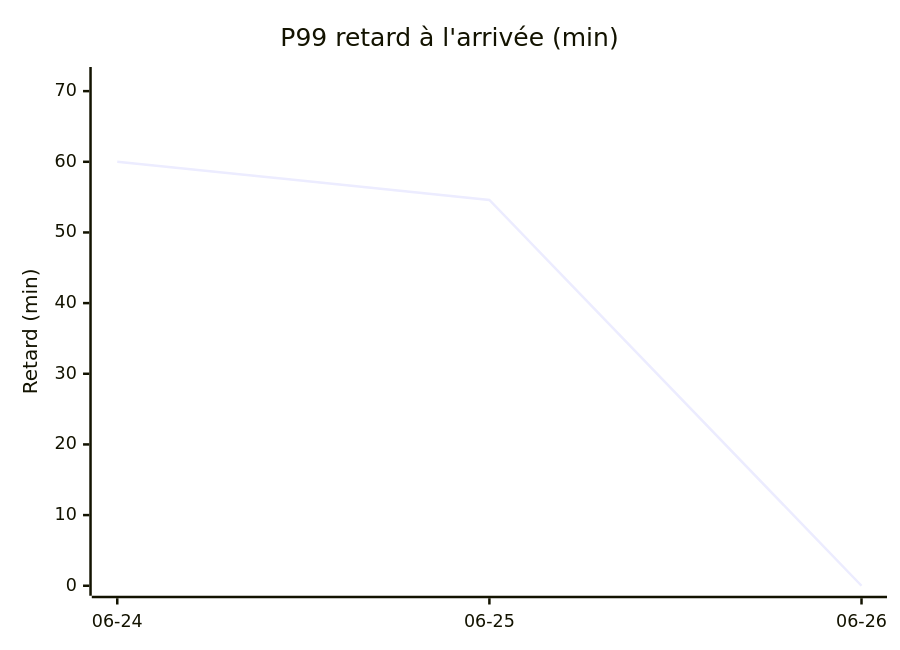
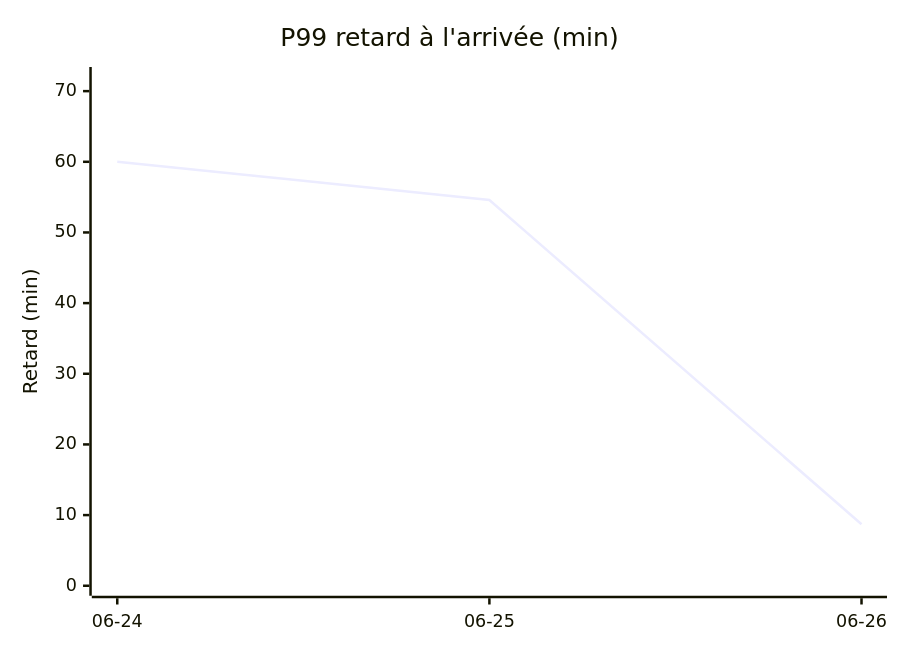
One commit to antoinerep/horaire-ter changed the second of 4 diagrams in STATS.md. Above: the diagram before and after it, drawn with Mermaid. The commit also changed other lines of this file and 1 other file, not shown here.

````diff
--- a/STATS.md
+++ b/STATS.md
@@ -39,7 +39,7 @@
 ```mermaid
 xychart-beta
     title "P99 retard à l'arrivée (min)"
     x-axis ["06-24", "06-25", "06-26"]
     y-axis "Retard (min)" 0 --> 72
-    line [60.0, 54.6, 0.0]
+    line [60.0, 54.6, 8.7]
 ```
````
